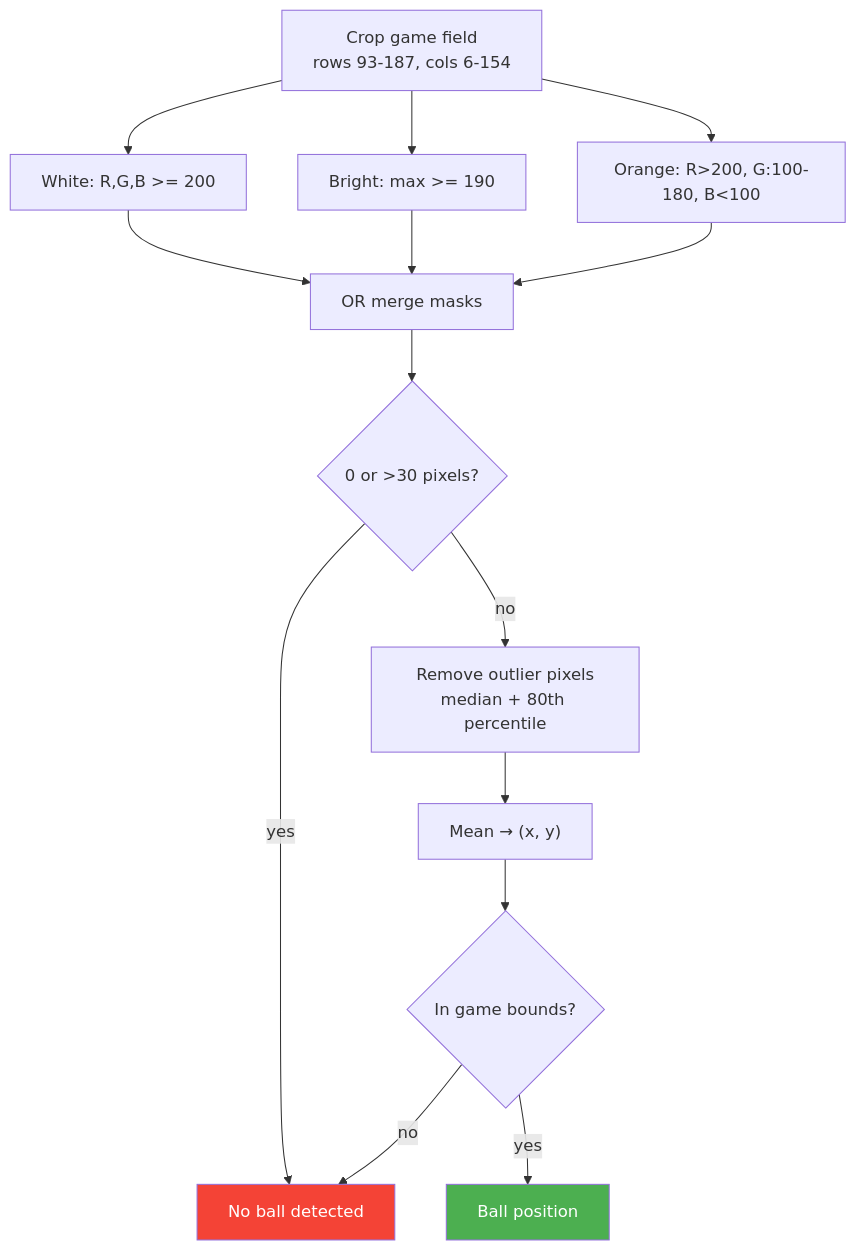
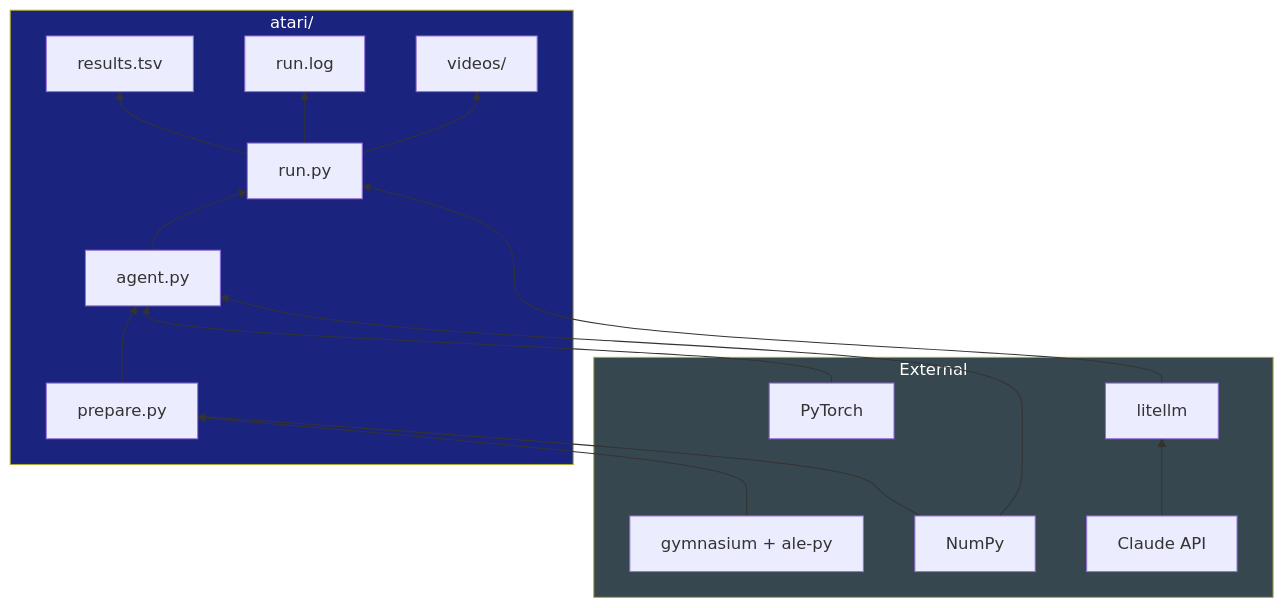
Diagram 20 of 21 in atari/README.md (shehabyasser-scale/autoresearch-hack), drawn with Mermaid before and after one commit. The commit also changed other lines of this file and 2 other files, not shown here.

First line of the commit message:
feat: auto-record gameplay videos on kept experiments + merge architecture docs into atari README

````diff
--- a/atari/README.md
+++ b/atari/README.md
@@ -347,20 +1032,30 @@
 ```mermaid
-flowchart TD
-    CROP["Crop game field<br/>rows 93-187, cols 6-154"]
+flowchart BT
+    subgraph EXT["External"]
+        GYM["gymnasium + ale-py"]
+        TORCH["PyTorch"]
+        NP["NumPy"]
+        LIT["litellm"]
+        CLAUDE["Claude API"]
+    end
 
-    CROP --> W["White: R,G,B >= 200"]
-    CROP --> BR["Bright: max >= 190"]
-    CROP --> OR["Orange: R>200, G:100-180, B<100"]
+    subgraph FILES["atari/"]
+        PREP["prepare.py"]
+        AGENT["agent.py"]
+        RUN["run.py"]
+        RES["results.tsv"]
+        LOG["run.log"]
+        VID["videos/"]
+    end
 
-    W & BR & OR --> MERGE["OR merge masks"]
-    MERGE --> COUNT{0 or >30 pixels?}
-    COUNT -->|yes| NONE["No ball detected"]
-    COUNT -->|no| FILTER["Remove outlier pixels<br/>median + 80th percentile"]
-    FILTER --> CENTER["Mean → (x, y)"]
-    CENTER --> VALID{In game bounds?}
-    VALID -->|yes| FOUND["Ball position"]
-    VALID -->|no| NONE
+    GYM & NP --> PREP
+    NP & TORCH --> AGENT
+    PREP --> AGENT
+    AGENT --> RUN
+    LIT --> RUN
+    CLAUDE --> LIT
+    RUN --> RES & LOG & VID
 
-    style NONE fill:#f44336,color:#fff
-    style FOUND fill:#4CAF50,color:#fff
+    style EXT fill:#37474F,color:#fff
+    style FILES fill:#1A237E,color:#fff
 ```
````
